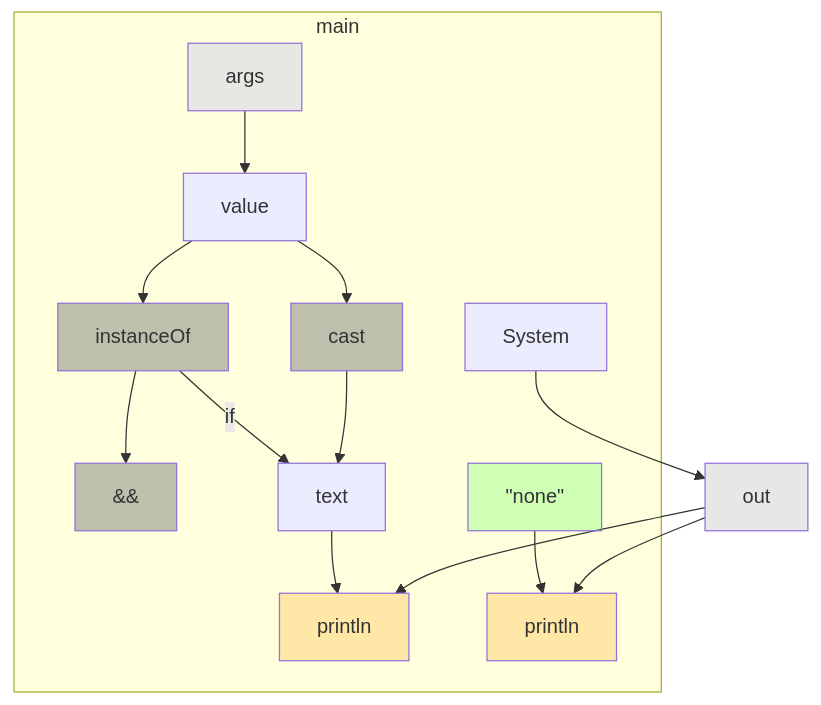
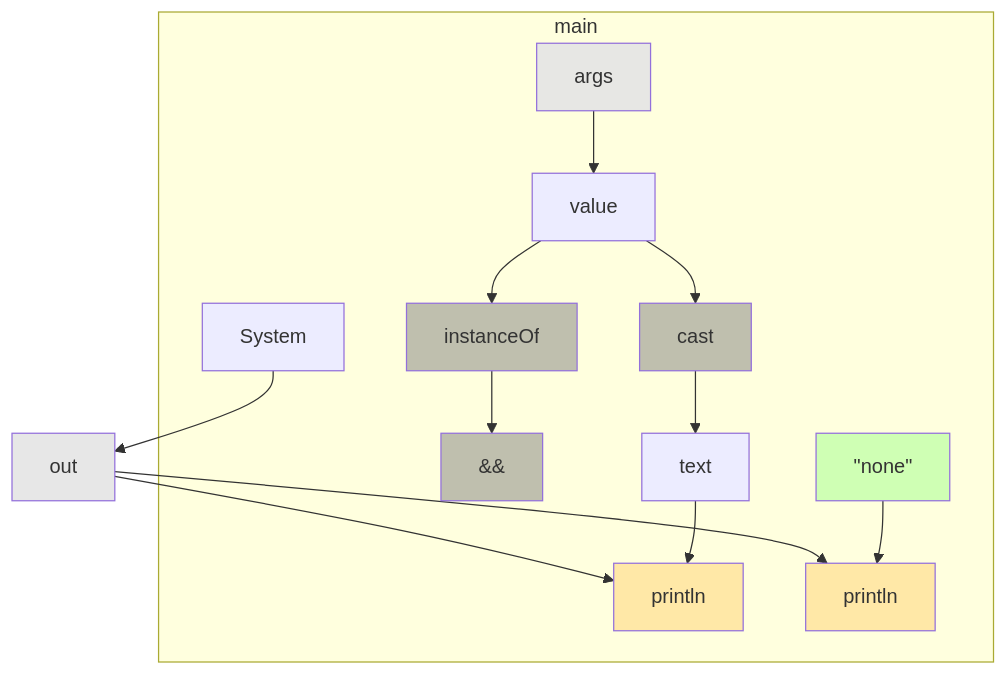
One commit to gstiebler/codeflow changed the diagram in app/src/test/resources/unboundLocal/spike-truth.md. Above: the diagram before and after it, drawn with Mermaid. The commit also changed 17 other files, not shown here.

````diff
--- a/app/src/test/resources/unboundLocal/spike-truth.md
+++ b/app/src/test/resources/unboundLocal/spike-truth.md
@@ -3,34 +3,33 @@
 ```mermaid
 flowchart TD
   subgraph m0["main"]
     n0["&&"]:::BIN_OP
     n1["cast"]:::BIN_OP
     n2["instanceOf"]:::BIN_OP
     n3["println"]:::EXTERNAL
     n4["println"]:::EXTERNAL
     n5["args"]:::FUNC_PARAM
     n6["#quot;none#quot;"]:::LITERAL
     n7["text"]:::OBJ_VARIABLE
     n8["value"]:::OBJ_VARIABLE
     n9["System"]:::OBJ_VARIABLE
   end
   n10["out"]:::VARIABLE
   n1 --> n7
   n10 --> n3
   n10 --> n4
   n2 --> n0
-  n2 -->|if| n7
   n5 --> n8
   n6 --> n4
   n7 --> n3
   n8 --> n1
   n8 --> n2
   n9 --> n10
   classDef LITERAL fill:#00FF0030
   classDef VARIABLE fill:#80808030
   classDef BIN_OP fill:#80808080
   classDef FUNC_PARAM fill:#8080FF30
   classDef RETURN fill:#FF808080
   classDef EXTERNAL fill:#FFA50040
   classDef UNMODELLED fill:#FF000030,stroke-dasharray: 4 2
 ```
````
